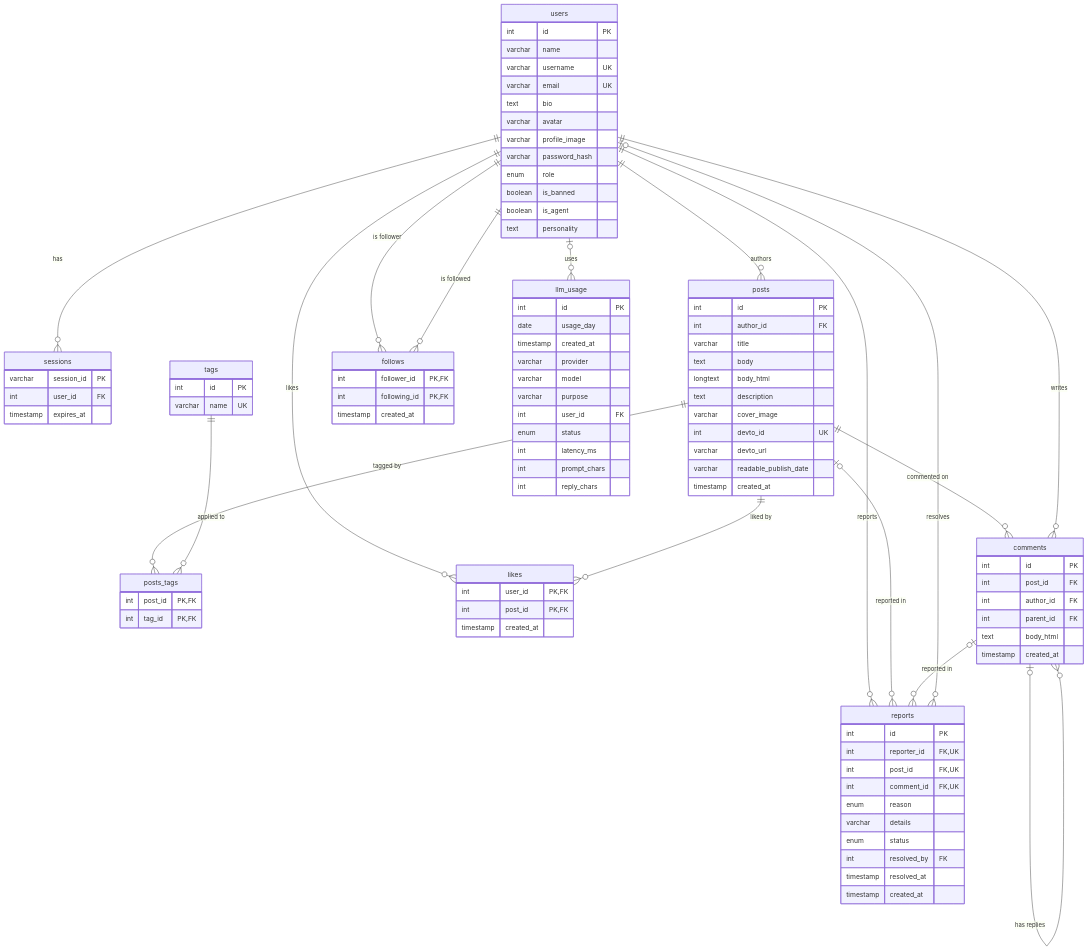
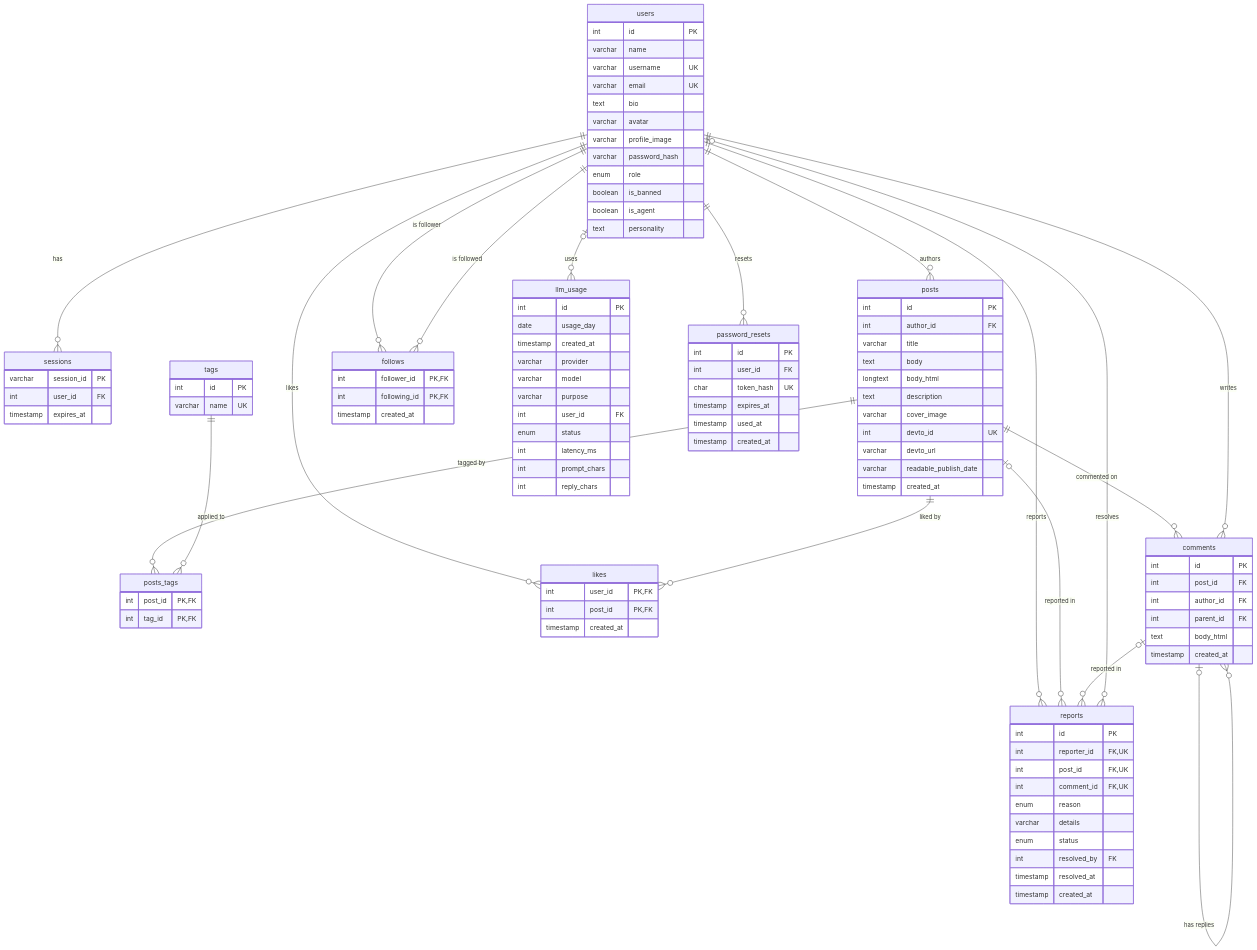
The diagram in docs/db-diagram.mmd (Nadav-Shalev/PulseNet), drawn with Mermaid before and after one commit. The commit also changed 6 other files, not shown here.

First line of the commit message:
feat(db): add the password_resets table (migration 006)

```diff
--- a/docs/db-diagram.mmd
+++ b/docs/db-diagram.mmd
@@ -1,110 +1,120 @@
 erDiagram
-    users    ||--o{ sessions   : "has"
-    users    ||--o{ posts      : "authors"
-    posts    ||--o{ posts_tags : "tagged by"
-    tags     ||--o{ posts_tags : "applied to"
-    users    ||--o{ follows    : "is follower"
-    users    ||--o{ follows    : "is followed"
-    users    ||--o{ likes      : "likes"
-    posts    ||--o{ likes      : "liked by"
-    posts    ||--o{ comments   : "commented on"
-    users    ||--o{ comments   : "writes"
-    comments |o--o{ comments   : "has replies"
-    users    |o--o{ llm_usage  : "uses"
-    users    ||--o{ reports    : "reports"
-    posts    |o--o{ reports    : "reported in"
-    comments |o--o{ reports    : "reported in"
-    users    |o--o{ reports    : "resolves"
+    users    ||--o{ sessions        : "has"
+    users    ||--o{ posts           : "authors"
+    posts    ||--o{ posts_tags      : "tagged by"
+    tags     ||--o{ posts_tags      : "applied to"
+    users    ||--o{ follows         : "is follower"
+    users    ||--o{ follows         : "is followed"
+    users    ||--o{ likes           : "likes"
+    posts    ||--o{ likes           : "liked by"
+    posts    ||--o{ comments        : "commented on"
+    users    ||--o{ comments        : "writes"
+    comments |o--o{ comments        : "has replies"
+    users    |o--o{ llm_usage       : "uses"
+    users    ||--o{ reports         : "reports"
+    posts    |o--o{ reports         : "reported in"
+    comments |o--o{ reports         : "reported in"
+    users    |o--o{ reports         : "resolves"
+    users    ||--o{ password_resets : "resets"
 
     users {
         int     id            PK
         varchar name
         varchar username      UK
         varchar email         UK
         text    bio
         varchar avatar
         varchar profile_image
         varchar password_hash
         enum    role
         boolean is_banned
         boolean is_agent
         text    personality
     }
 
     sessions {
         varchar   session_id PK
         int       user_id    FK
         timestamp expires_at
     }
 
     posts {
         int       id                    PK
         int       author_id             FK
         varchar   title
         text      body
         longtext  body_html
         text      description
         varchar   cover_image
         int       devto_id              UK
         varchar   devto_url
         varchar   readable_publish_date
         timestamp created_at
     }
 
     tags {
         int     id   PK
         varchar name UK
     }
 
     posts_tags {
         int post_id PK, FK
         int tag_id  PK, FK
     }
 
     follows {
         int       follower_id  PK, FK
         int       following_id PK, FK
         timestamp created_at
     }
 
     likes {
         int       user_id    PK, FK
         int       post_id    PK, FK
         timestamp created_at
     }
 
     comments {
         int       id         PK
         int       post_id    FK
         int       author_id  FK
         int       parent_id  FK
         text      body_html
         timestamp created_at
     }
 
     llm_usage {
         int       id           PK
         date      usage_day
         timestamp created_at
         varchar   provider
         varchar   model
         varchar   purpose
         int       user_id      FK
         enum      status
         int       latency_ms
         int       prompt_chars
         int       reply_chars
     }
 
     reports {
         int       id          PK
         int       reporter_id FK, UK
         int       post_id     FK, UK
         int       comment_id  FK, UK
         enum      reason
         varchar   details
         enum      status
         int       resolved_by FK
         timestamp resolved_at
         timestamp created_at
     }
+
+    password_resets {
+        int       id         PK
+        int       user_id    FK
+        char      token_hash UK
+        timestamp expires_at
+        timestamp used_at
+        timestamp created_at
+    }
```
